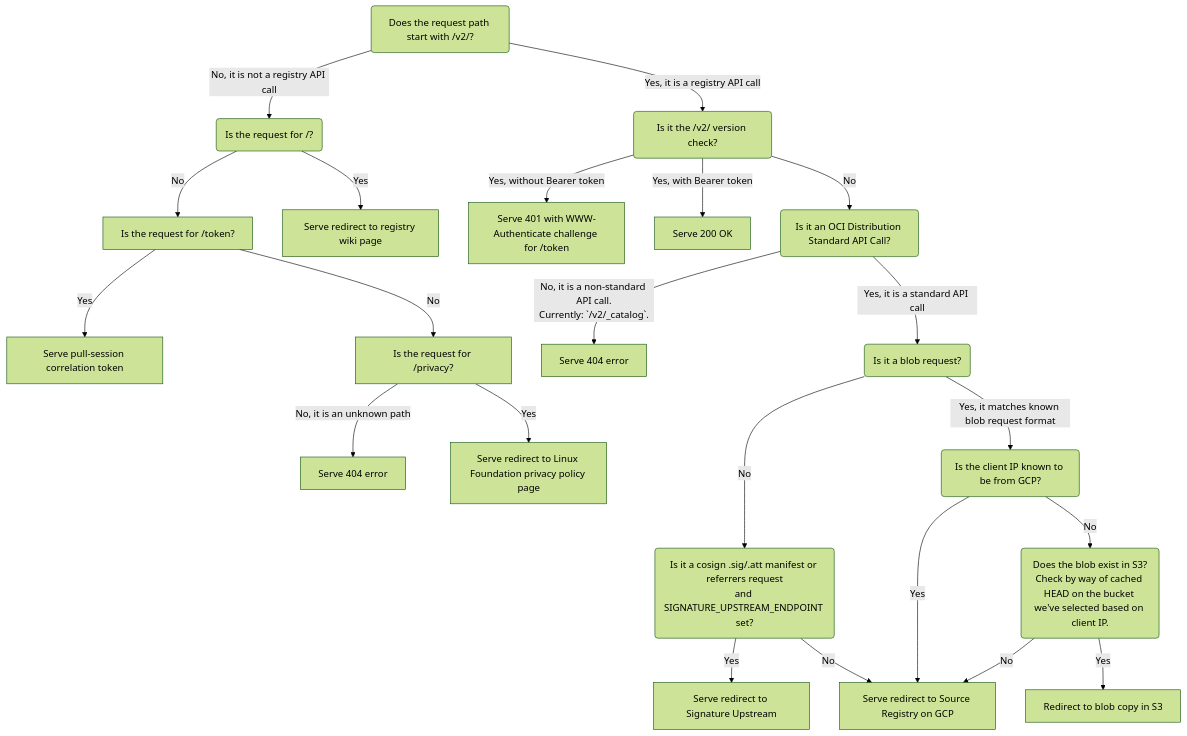
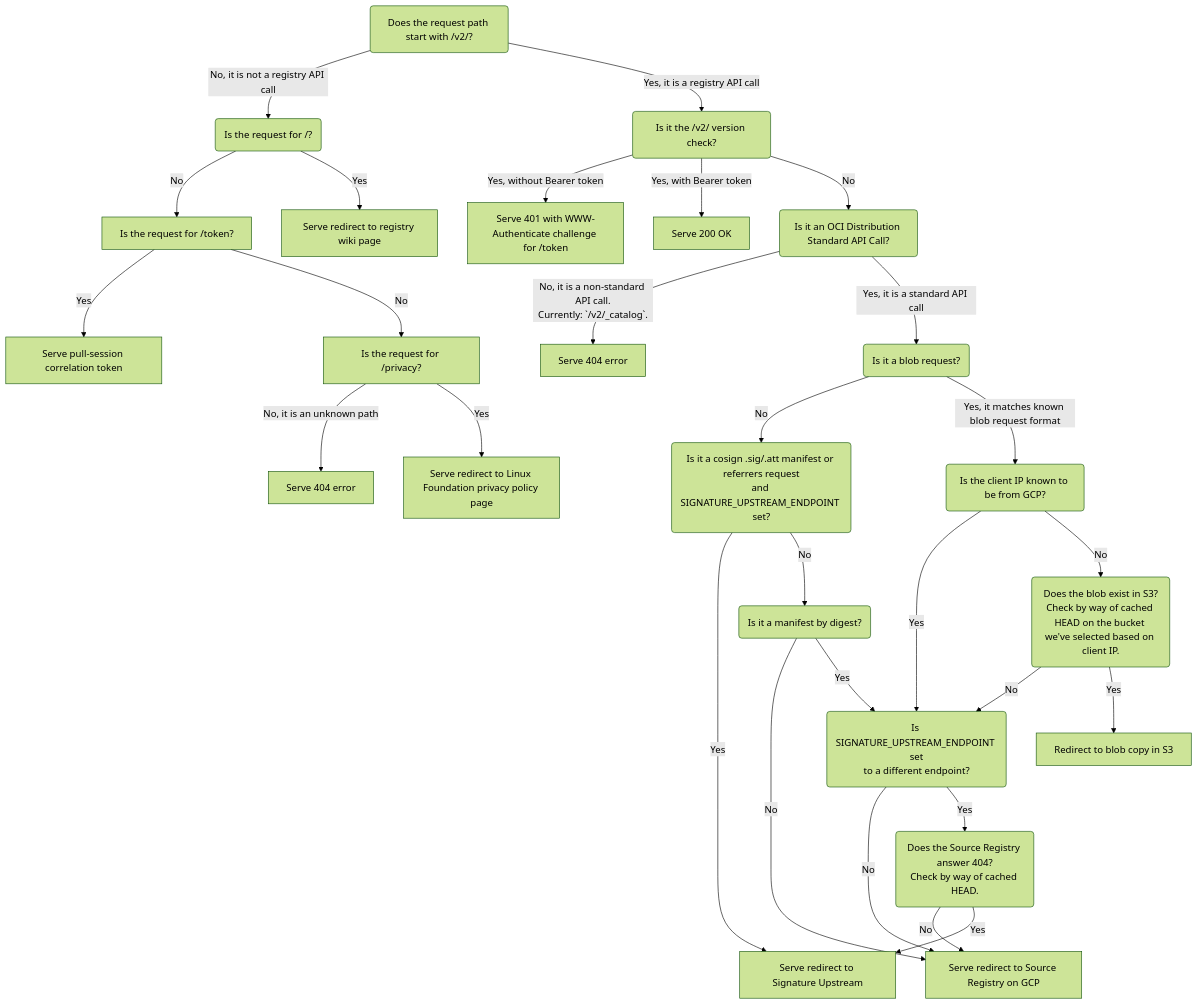
One commit to kubernetes/registry.k8s.io changed the diagram in cmd/archeio/docs/request-handling.md. Above: the diagram before and after it, drawn with Mermaid (forest theme). The commit also changed other lines of this file and 6 other files, not shown here.

First line of the commit message:
Fall back to the signature upstream for content by digest

````diff
--- a/cmd/archeio/docs/request-handling.md
+++ b/cmd/archeio/docs/request-handling.md
@@ -78,25 +84,31 @@
 ```mermaid
 flowchart TD
 
 A(Does the request path start with /v2/?) -->|No, it is not a registry API call| B(Is the request for /?)
 B -->|No| P[Is the request for /token?]
 P -->|Yes| Q[Serve pull-session correlation token]
 P -->|No| D[Is the request for /privacy?]
 D -->|No, it is an unknown path| C[Serve 404 error]
 D -->|Yes| K[Serve redirect to Linux Foundation privacy policy page]
 B -->|Yes| E[Serve redirect to registry wiki page]
 A -->|Yes, it is a registry API call| R(Is it the /v2/ version check?)
 R -->|Yes, without Bearer token| S[Serve 401 with WWW-Authenticate challenge for /token]
 R -->|Yes, with Bearer token| T[Serve 200 OK]
 R -->|No| L(Is it an OCI Distribution Standard API Call?)
 L -->|No, it is a non-standard API call.<br>Currently: `/v2/_catalog`.| M[Serve 404 error]
 L -->|Yes, it is a standard API call| F(Is it a blob request?)
 F -->|No| N(Is it a cosign .sig/.att manifest or referrers request<br/>and SIGNATURE_UPSTREAM_ENDPOINT set?)
 N -->|Yes| O[Serve redirect to Signature Upstream]
-N -->|No| G[Serve redirect to Source Registry on GCP]
+N -->|No| U(Is it a manifest by digest?)
+U -->|No| G[Serve redirect to Source Registry on GCP]
+U -->|Yes| W(Is SIGNATURE_UPSTREAM_ENDPOINT set<br/>to a different endpoint?)
+W -->|No| G
+W -->|Yes| V(Does the Source Registry answer 404?<br/>Check by way of cached HEAD.)
+V -->|No| G
+V -->|Yes| O
 F -->|Yes, it matches known blob request format| H(Is the client IP known to be from GCP?)
-H -->|Yes| G
+H -->|Yes| W
 H -->|No| I(Does the blob exist in S3?<br/>Check by way of cached HEAD on the bucket we've selected based on client IP.)
-I -->|No| G
+I -->|No| W
 I -->|Yes| J[Redirect to blob copy in S3]
 ```
````
